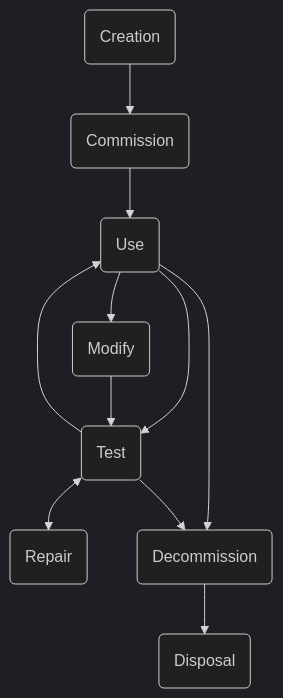
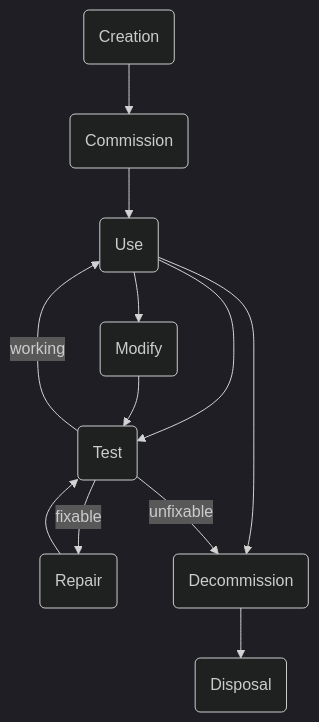
The diagram in asset-tracking.md (srobo/kitbook), drawn with Mermaid (dark theme) before and after one commit.

Commit message:
Updates asset-tracking.md
Auto commit by GitBook Editor

```diff
--- a/asset-tracking.md
+++ b/asset-tracking.md
@@ -23,22 +23,23 @@
 {% mermaid %}
 graph TB
   create(Creation)
   commission(Commission)
   use(Use)
   test(Test)
   repair(Repair)
   modify(Modify)
   decommission(Decommission)
   disposal(Disposal)
   
   create-->commission
   commission-->use
   use-->modify
   use-->test
   use-->decommission
   modify-->test
-  test<-->repair
-  test-->use
-  test-->decommission
+  test-- fixable -->repair
+  test-- working -->use
+  test-- unfixable -->decommission
+  repair-->test
   decommission-->disposal
 {% endmermaid %}
```
